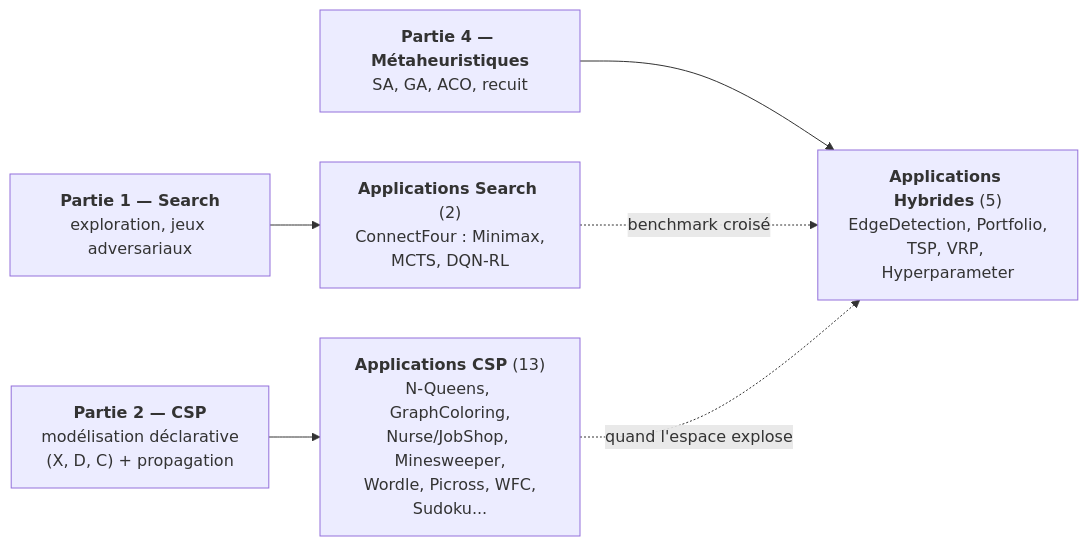
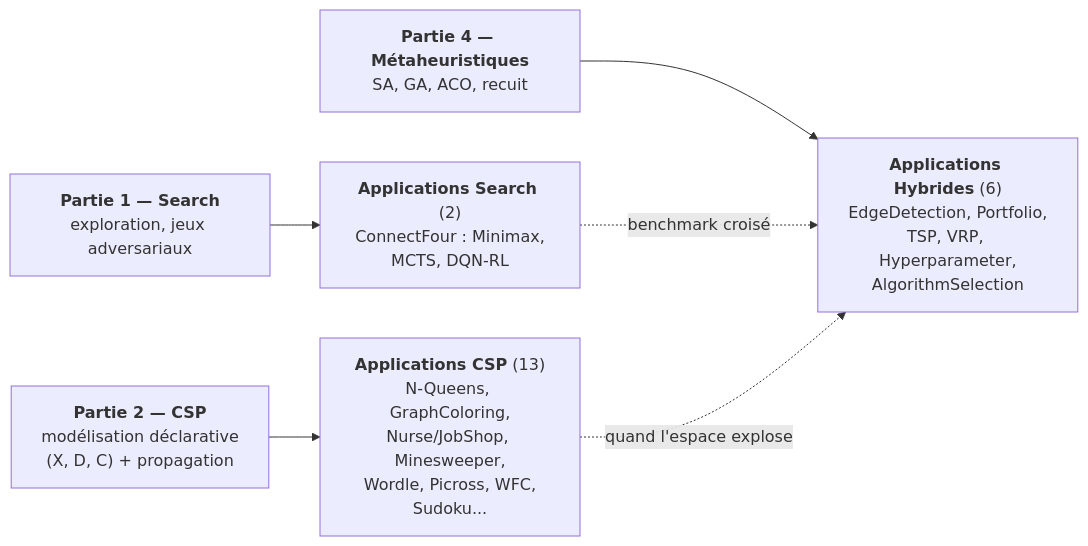
One commit to jsboige/CoursIA changed the diagram in MyIA.AI.Notebooks/Search/Applications/README.md. Above: the diagram before and after it, drawn with Mermaid. The commit also changed other lines of this file and 8 other files, not shown here.

First line of the commit message:
feat(search): add App-22 AlgorithmSelection-Python, distillation of IS PR #42

````diff
--- a/MyIA.AI.Notebooks/Search/Applications/README.md
+++ b/MyIA.AI.Notebooks/Search/Applications/README.md
@@ -38,14 +38,14 @@
 ```mermaid
 flowchart LR
     P1["<b>Partie 1 — Search</b><br/>exploration, jeux adversariaux"]
     P2["<b>Partie 2 — CSP</b><br/>modélisation déclarative<br/>(X, D, C) + propagation"]
     P4["<b>Partie 4 — Métaheuristiques</b><br/>SA, GA, ACO, recuit"]
     S["<b>Applications Search</b> (2)<br/>ConnectFour : Minimax,<br/>MCTS, DQN-RL"]
     C["<b>Applications CSP</b> (13)<br/>N-Queens, GraphColoring,<br/>Nurse/JobShop, Minesweeper,<br/>Wordle, Picross, WFC,<br/>Sudoku..."]
-    H["<b>Applications Hybrides</b> (5)<br/>EdgeDetection, Portfolio,<br/>TSP, VRP, Hyperparameter"]
+    H["<b>Applications Hybrides</b> (6)<br/>EdgeDetection, Portfolio,<br/>TSP, VRP, Hyperparameter,<br/>AlgorithmSelection"]
     P1 --> S
     P2 --> C
     P4 --> H
     S -.->|"benchmark croisé"| H
     C -.->|"quand l'espace explose"| H
 ```
````
